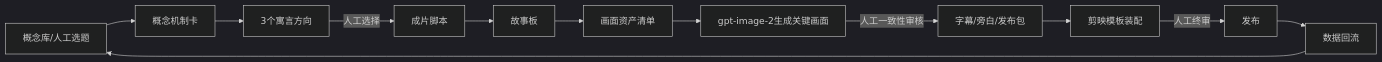
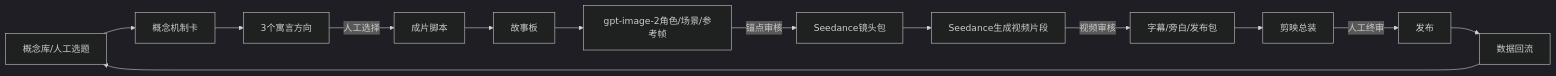
Before and after one commit to yet-tang/fableflow: the diagram in README.md, drawn with Mermaid (dark theme). The commit also changed other lines of this file and 6 other files, not shown here.

````diff
--- a/README.md
+++ b/README.md
@@ -18,14 +38,15 @@
 ```mermaid
 flowchart LR
     A[概念库/人工选题] --> B[概念机制卡]
     B --> C[3个寓言方向]
     C -->|人工选择| D[成片脚本]
     D --> E[故事板]
-    E --> F[画面资产清单]
-    F --> G[gpt-image-2生成关键画面]
-    G -->|人工一致性审核| H[字幕/旁白/发布包]
-    H --> I[剪映模板装配]
-    I -->|人工终审| J[发布]
-    J --> K[数据回流]
-    K --> A
+    E --> F[gpt-image-2角色/场景/参考帧]
+    F -->|锚点审核| G[Seedance镜头包]
+    G --> H[Seedance生成视频片段]
+    H -->|视频审核| I[字幕/旁白/发布包]
+    I --> J[剪映总装]
+    J -->|人工终审| K[发布]
+    K --> L[数据回流]
+    L --> A
 ```
````
